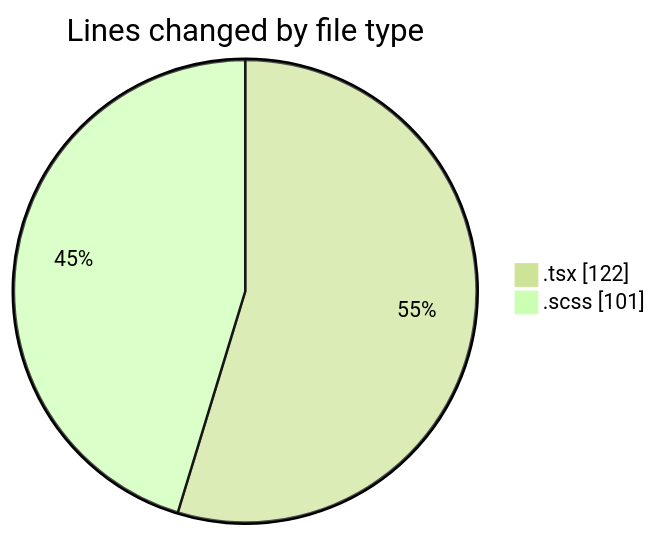
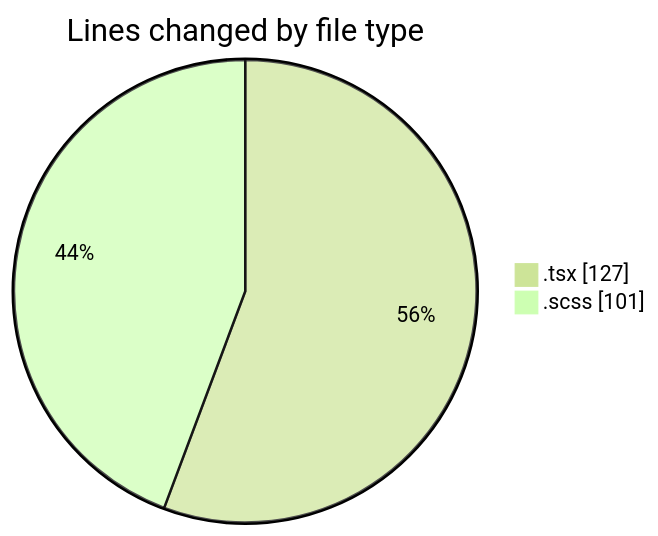
The first of 2 diagrams in 2026-04-16/cda/README.md (momahboobian/code-tracking), drawn with Mermaid (forest theme) before and after one commit. The commit also changed other lines of this file and 1 other file, not shown here.

````diff
--- a/2026-04-16/cda/README.md
+++ b/2026-04-16/cda/README.md
@@ -22,6 +22,6 @@
 ```mermaid
 pie showData
 title Lines changed by file type
-".tsx" : 122
+".tsx" : 127
 ".scss" : 101
 ```
````
